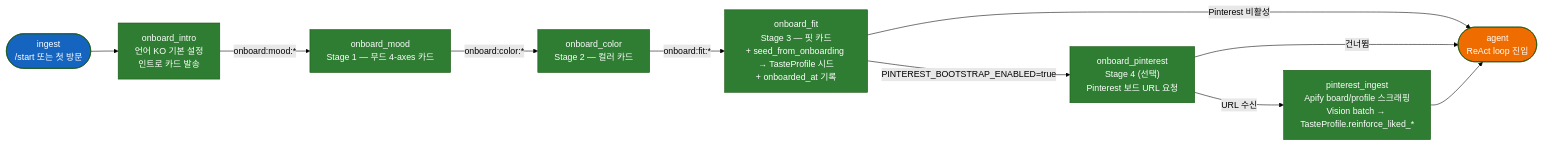
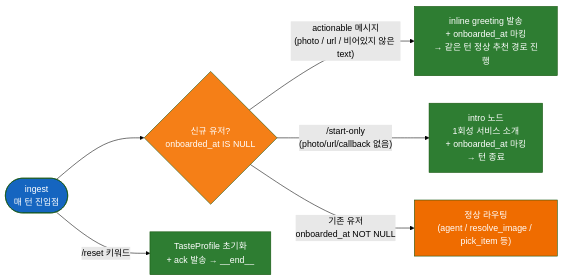
One commit to endurance-ai/ai-server changed the fifth of 5 diagrams in docs/ARCHITECTURE.md. Above: the diagram before and after it, drawn with Mermaid (forest theme). The commit also changed other lines of this file and 2 other files, not shown here.

First line of the commit message:
docs(SPEC-ONBOARD-LITE-001): ARCHITECTURE / deployment 토폴로지 갱신 + SPEC status implemented

````diff
--- a/docs/ARCHITECTURE.md
+++ b/docs/ARCHITECTURE.md
@@ -226,24 +219,21 @@
 ```mermaid
 flowchart LR
-    START(["ingest\n/start 또는 첫 방문"]) --> INTRO["onboard_intro\n언어 KO 기본 설정\n인트로 카드 발송"]
+    INGEST(["ingest\n매 턴 진입점"]) --> FT{"신규 유저?\nonboarded_at IS NULL"}
 
-    INTRO -->|"onboard:mood:*"| MOOD["onboard_mood\nStage 1 — 무드 4-axes 카드"]
-    MOOD -->|"onboard:color:*"| COLOR["onboard_color\nStage 2 — 컬러 카드"]
-    COLOR -->|"onboard:fit:*"| FIT["onboard_fit\nStage 3 — 핏 카드\n+ seed_from_onboarding → TasteProfile 시드\n+ onboarded_at 기록"]
+    FT -->|"actionable 메시지\n(photo / url / 비어있지 않은 text)"| GREET["inline greeting 발송\n+ onboarded_at 마킹\n→ 같은 턴 정상 추천 경로 진행"]
+    FT -->|"/start-only\n(photo/url/callback 없음)"| INTRONODE["intro 노드\n1회성 서비스 소개\n+ onboarded_at 마킹\n→ 턴 종료"]
 
-    FIT -->|"PINTEREST_BOOTSTRAP_ENABLED=true"| PIN["onboard_pinterest\nStage 4 (선택)\nPinterest 보드 URL 요청"]
-    FIT -->|"Pinterest 비활성"| AGENT(["agent\nReAct loop 진입"])
+    FT -->|"기존 유저\nonboarded_at NOT NULL"| NORMAL["정상 라우팅\n(agent / resolve_image / pick_item 등)"]
 
-    PIN -->|"URL 수신"| INGEST_PIN["pinterest_ingest\nApify board/profile 스크래핑\nVision batch → TasteProfile.reinforce_liked_*"]
-    PIN -->|"건너뜀"| AGENT
+    INGEST -->|"/reset 키워드"| RESET["TasteProfile 초기화\n+ ack 발송 → __end__"]
 
-    INGEST_PIN --> AGENT
+    classDef node fill:#1565c0,color:#fff
+    classDef action fill:#2e7d32,color:#fff
+    classDef agent fill:#ef6c00,color:#fff
+    classDef gate fill:#f57f17,color:#fff
 
-    classDef onboard fill:#2e7d32,color:#fff
-    classDef gate fill:#1565c0,color:#fff
-    classDef terminal fill:#ef6c00,color:#fff
-
-    class INTRO,MOOD,COLOR,FIT,PIN,INGEST_PIN onboard
-    class START gate
-    class AGENT terminal
+    class INGEST node
+    class FT gate
+    class GREET,INTRONODE,RESET action
+    class NORMAL agent
 ```
````
